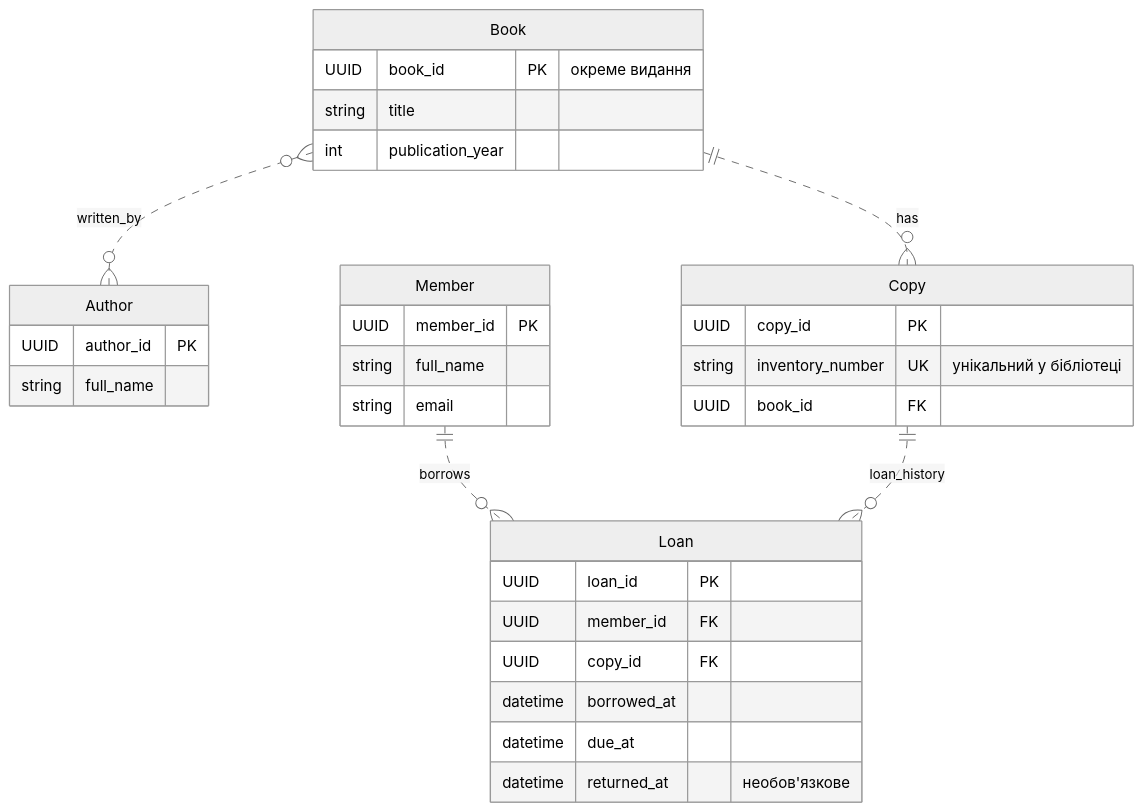
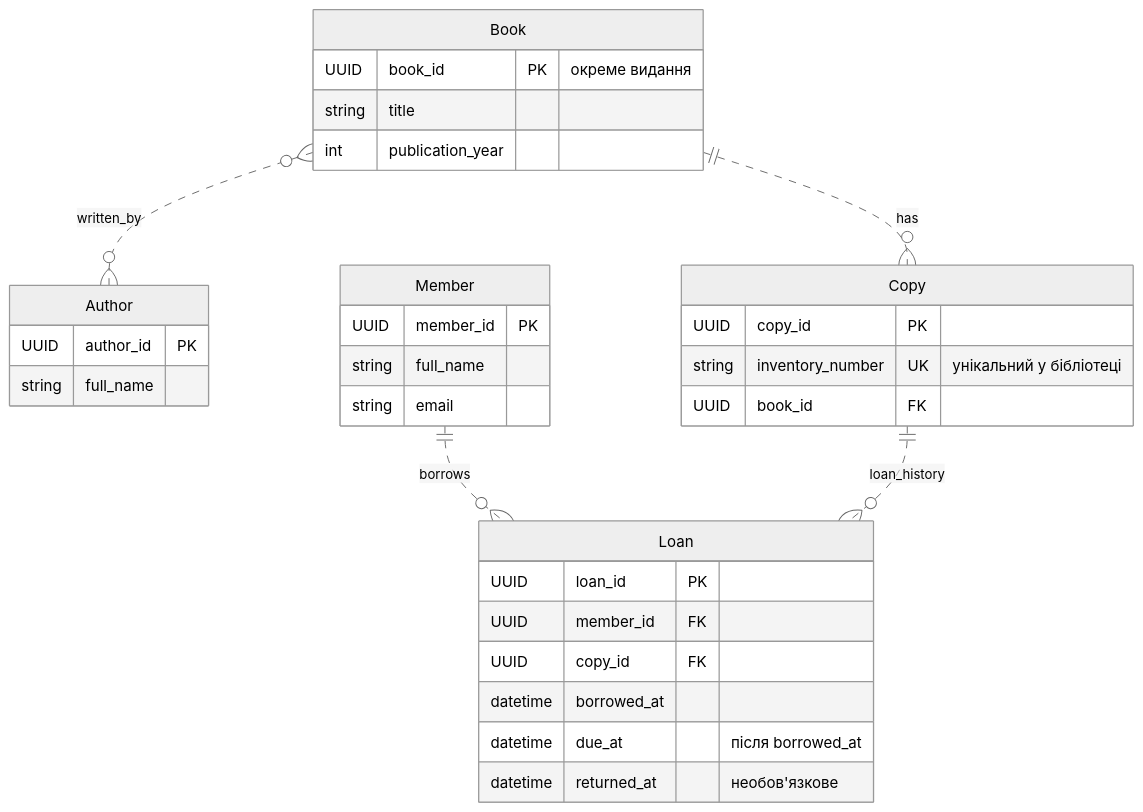
One commit to Alex9011/Lab1_KPI2 changed the diagram in diagram.mmd. Above: the diagram before and after it, drawn with Mermaid (neutral theme). The commit also changed 17 other files, not shown here.

```diff
--- a/diagram.mmd
+++ b/diagram.mmd
@@ -1,34 +1,35 @@
 erDiagram
     direction TB
+    %% Дати UTC; інтервали одного Copy не перетинаються (spec C5).
     Book }o..o{ Author : written_by
     Book ||..o{ Copy : has
     Member ||..o{ Loan : borrows
     Copy ||..o{ Loan : loan_history
 
     Book {
         UUID book_id PK "окреме видання"
         string title
         int publication_year
     }
     Author {
         UUID author_id PK
         string full_name
     }
     Copy {
         UUID copy_id PK
         string inventory_number UK "унікальний у бібліотеці"
         UUID book_id FK
     }
     Member {
         UUID member_id PK
         string full_name
         string email
     }
     Loan {
         UUID loan_id PK
         UUID member_id FK
         UUID copy_id FK
         datetime borrowed_at
-        datetime due_at
+        datetime due_at "після borrowed_at"
         datetime returned_at "необов'язкове"
     }
```
